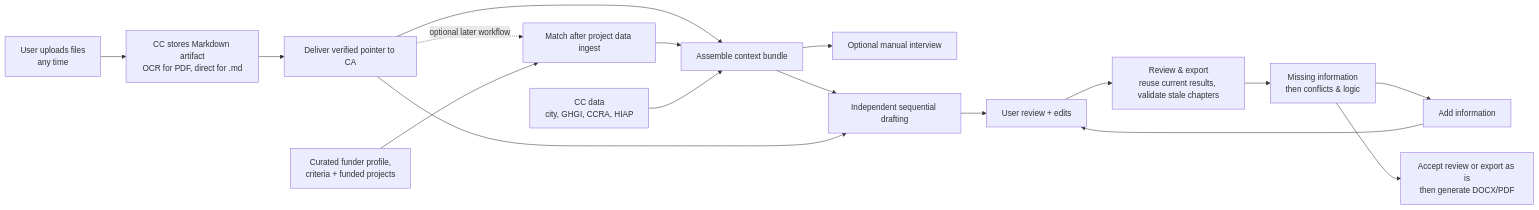
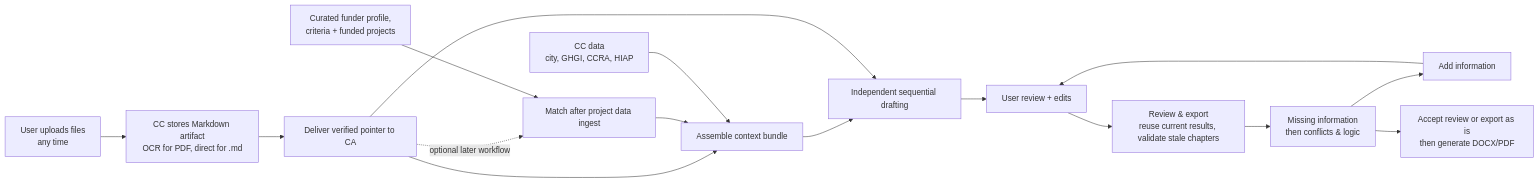
Before and after one commit to Open-Earth-Foundation/CityCatalyst: the second of 14 diagrams in docs/ConceptNoteBuilderArchitecture.md, drawn with Mermaid. The commit also changed other lines of this file and 51 other files, not shown here.

````diff
--- a/docs/ConceptNoteBuilderArchitecture.md
+++ b/docs/ConceptNoteBuilderArchitecture.md
@@ -197,23 +228,22 @@
 ```mermaid
 flowchart LR
     Context["Assemble context bundle"]
-    Context --> Interview["Optional manual interview"]
     Context --> Draft["Independent sequential drafting"]
     Draft --> Review["User review + edits"]
     Review --> Validate["Review & export<br/>reuse current results, validate stale chapters"]
     Validate --> Decision["Missing information<br/>then conflicts & logic"]
     Decision --> Revise["Add information"]
     Revise --> Review
     Decision --> Export["Accept review or export as is<br/>then generate DOCX/PDF"]
 
     Upload["User uploads files<br/>any time"] --> Convert["CC stores Markdown artifact<br/>OCR for PDF, direct for .md"]
     Convert --> Ingest["Deliver verified pointer to CA"]
     Ingest --> Context
     Ingest --> Draft
 
     Ingest -. optional later workflow .-> Match["Match after project data ingest"]
     Research["Curated funder profile,<br/>criteria + funded projects"] --> Match
     Match --> Context
 
     CCData["CC data<br/>city, GHGI, CCRA, HIAP"] --> Context
 ```
````
